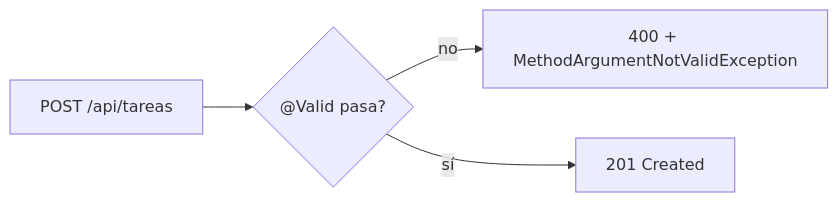
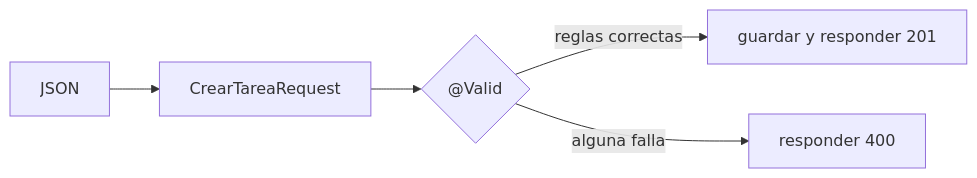
Before and after one commit to NICORUIZ93/The_Imperial_Book: the first of 4 diagrams in web/public/content/spring-boot/modulo-2.md, drawn with Mermaid. The commit also changed other lines of this file and 14 other files, not shown here.

````diff
--- a/web/public/content/spring-boot/modulo-2.md
+++ b/web/public/content/spring-boot/modulo-2.md
@@ -250,6 +238,7 @@
 ```mermaid
 flowchart LR
-  A["POST /api/tareas"] --> B{"@Valid pasa?"}
-  B -->|no| C["400 + MethodArgumentNotValidException"]
-  B -->|sí| D["201 Created"]
+  A["JSON"] --> B["CrearTareaRequest"]
+  B --> C{"@Valid"}
+  C -->|reglas correctas| D["guardar y responder 201"]
+  C -->|alguna falla| E["responder 400"]
 ```
````
